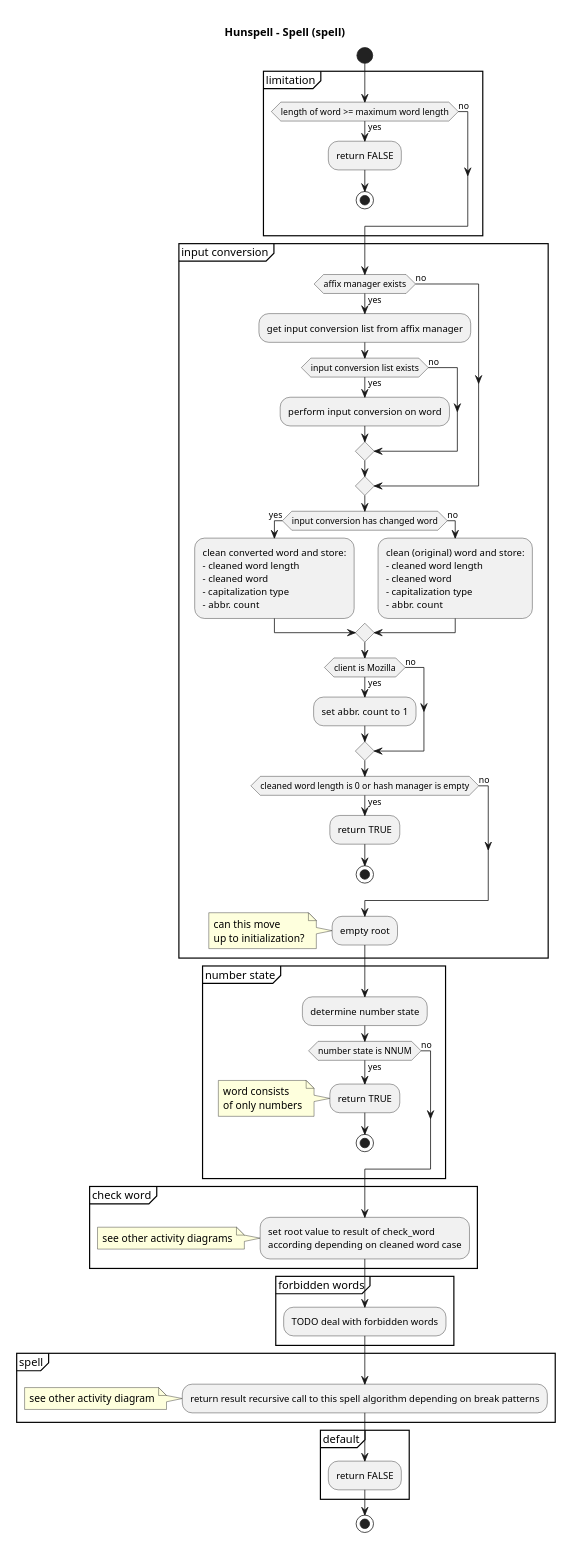
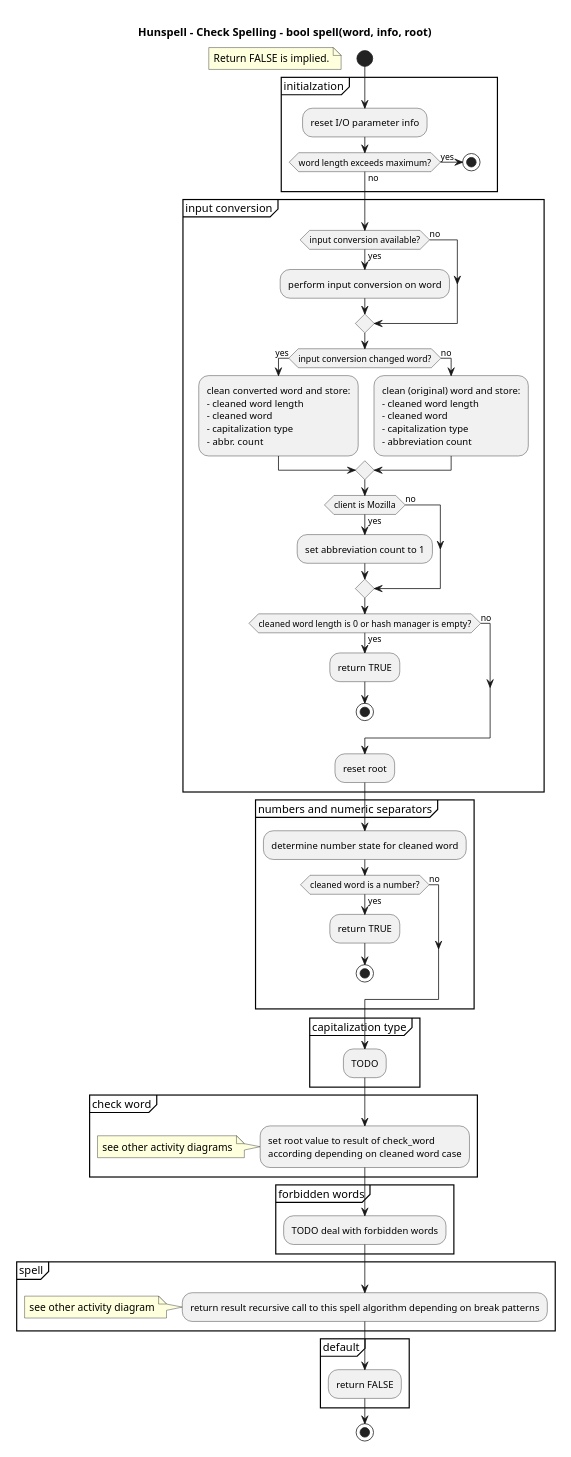
The diagram in uml/plantuml/spell-activity-diagram.pu (nuspell/misc-nuspell), drawn with PlantUML before and after one commit. The commit also changed 1 other file, not shown here.

Commit message:
improving spell doc

```diff
--- a/uml/plantuml/spell-activity-diagram.pu
+++ b/uml/plantuml/spell-activity-diagram.pu
@@ -1,75 +1,75 @@
 @startuml
 skinparam backgroundcolor White|White
 
-title Hunspell - Spell (spell)
+title Hunspell - Check Spelling - bool spell(word, info, root)
 
 start
+floating note: Return FALSE is implied.
 
-partition "limitation" {
-	if (length of word >= maximum word length) then (yes)
-		:return FALSE;
+
+partition "initialzation" {
+	:reset I/O parameter info;
+	if (word length exceeds maximum?) then (yes)
 		stop
 	else (no)
 	endif
 }
 
 partition "input conversion" {
-	if (affix manager exists) then (yes)
-		:get input conversion list from affix manager;
-		if (input conversion list exists) then (yes)
-			:perform input conversion on word;
-		else (no)
-		endif
+	if (input conversion available?) then (yes)
+		:perform input conversion on word;
 	else (no)
 	endif
-	if (input conversion has changed word) then (yes)
+	if (input conversion changed word?) then (yes)
 		:clean converted word and store:\n- cleaned word length\n- cleaned word\n- capitalization type\n- abbr. count;
 	else (no)
-		:clean (original) word and store:\n- cleaned word length\n- cleaned word\n- capitalization type\n- abbr. count;
+		:clean (original) word and store:\n- cleaned word length\n- cleaned word\n- capitalization type\n- abbreviation count;
 	endif
 
 	if (client is Mozilla) then (yes)
-		:set abbr. count to 1;
+		:set abbreviation count to 1;
 	else (no)
 	endif
 
-	if (cleaned word length is 0 or hash manager is empty) then (yes)
+	if (cleaned word length is 0 or hash manager is empty?) then (yes)
 		:return TRUE;
 		stop
 	else (no)
 	endif
-	:empty root;
-	note left: can this move\nup to initialization?
+	:reset root;
 }
 
-partition "number state" {
-	:determine number state;
-	if (number state is NNUM) then (yes)
+partition "numbers and numeric separators" {
+	:determine number state for cleaned word;
+	if (cleaned word is a number?) then (yes)
 		:return TRUE;
-		note left: word consists\nof only numbers
 		stop
 	else (no)
 	endif
+}
+
+partition "capitalization type" {
+	:TODO;
 }
 
 partition "check word" {
 	:set root value to result of check_word\naccording depending on cleaned word case;
 	note left: see other activity diagrams
 }
 
 partition "forbidden words" {
 	:TODO deal with forbidden words;
 }
 
 partition "spell" {
 	:return result recursive call to this spell algorithm depending on break patterns;
 	note left: see other activity diagram
 }
 
 partition "default" {
 	:return FALSE;
 }
 
 stop
 
 @enduml
```
